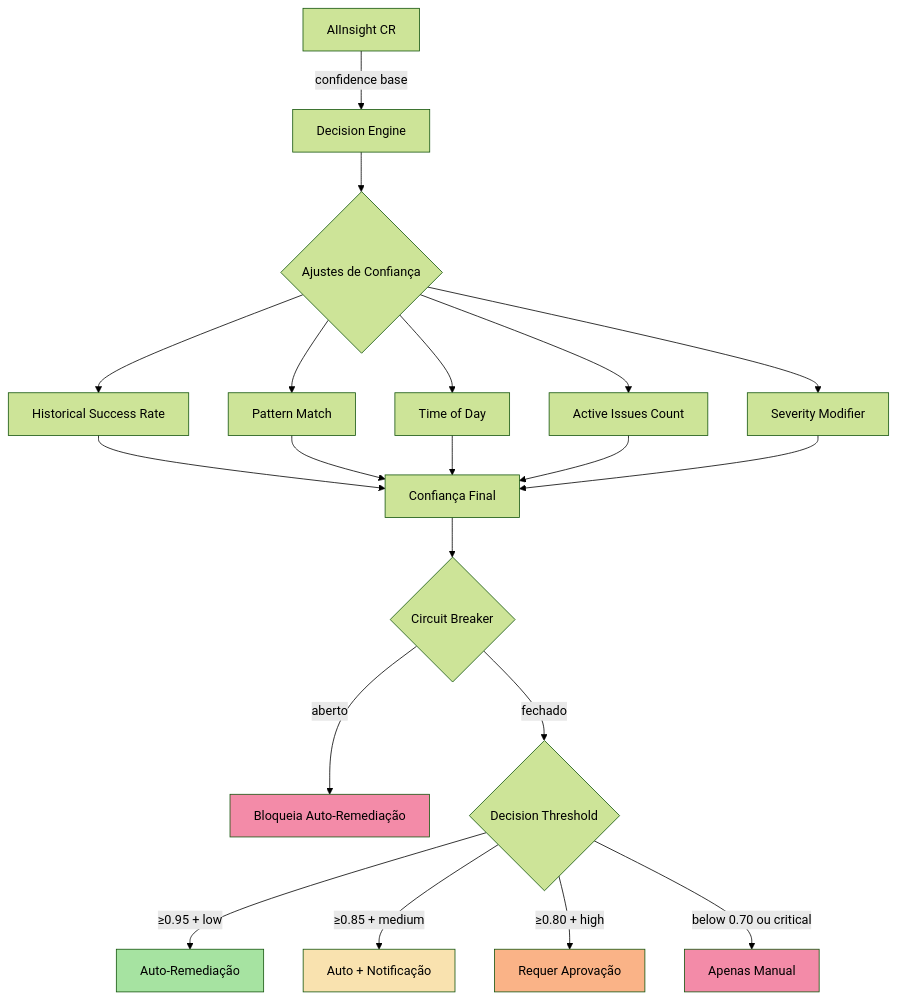
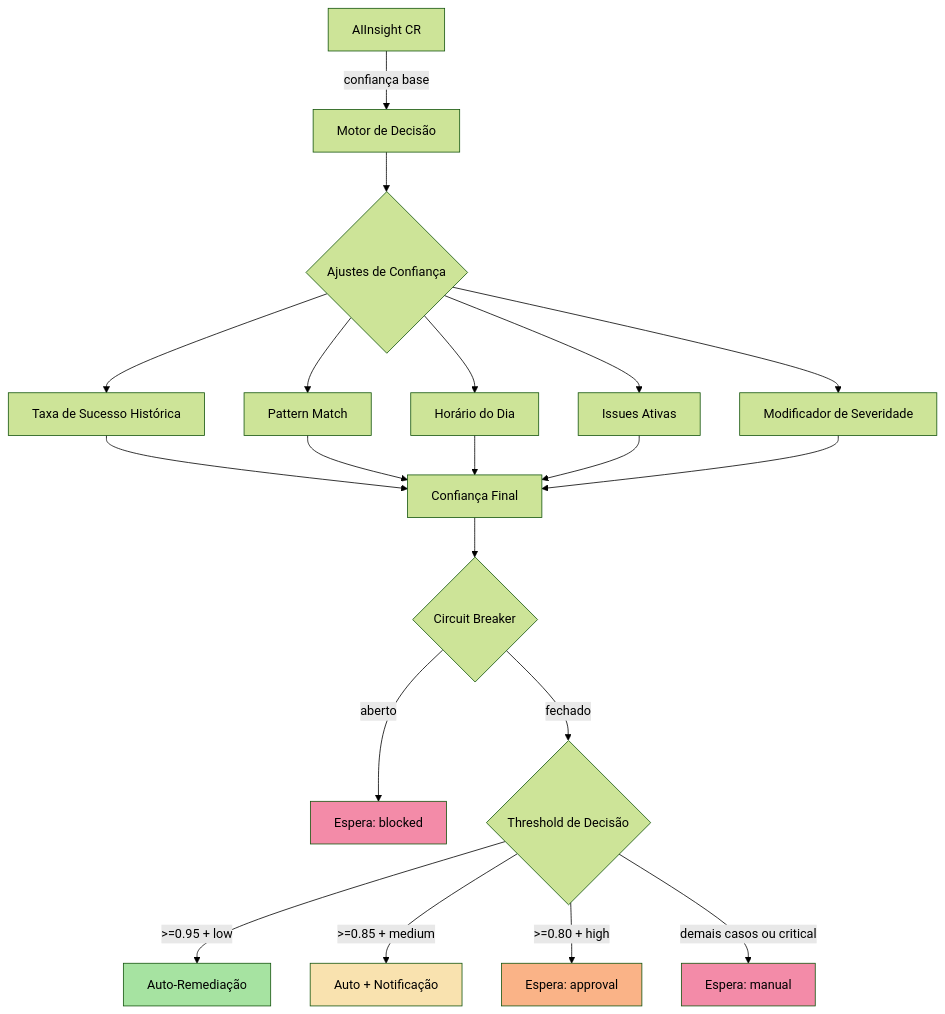
Before and after one commit to diillson/chatcli.ai: the first of 2 diagrams in pt/features/aiops/decision-engine.mdx, drawn with Mermaid (forest theme). The commit also changed other lines of this file and 24 other files, not shown here.

Commit message:
docs: operator integration suite, cost ledger API, decision engine and federation as wired, audit events, policies API and dashboard tab

````diff
--- a/pt/features/aiops/decision-engine.mdx
+++ b/pt/features/aiops/decision-engine.mdx
@@ -20,24 +20,23 @@
 ```mermaid
 flowchart TD
-    A[AIInsight CR] -->|confidence base| B[Decision Engine]
+    A[AIInsight CR] -->|confiança base| B[Motor de Decisão]
     B --> C{Ajustes de Confiança}
-    C --> D[Historical Success Rate]
+    C --> D[Taxa de Sucesso Histórica]
     C --> E[Pattern Match]
-    C --> F[Time of Day]
-    C --> G[Active Issues Count]
-    C --> H[Severity Modifier]
+    C --> F[Horário do Dia]
+    C --> G[Issues Ativas]
+    C --> H[Modificador de Severidade]
     D & E & F & G & H --> I[Confiança Final]
     I --> J{Circuit Breaker}
-    J -->|aberto| K[Bloqueia Auto-Remediação]
-    J -->|fechado| L{Decision Threshold}
-    L -->|≥0.95 + low| M[Auto-Remediação]
-    L -->|≥0.85 + medium| N[Auto + Notificação]
-    L -->|≥0.80 + high| O[Requer Aprovação]
-    L -->|below 0.70 ou critical| P[Apenas Manual]
-
+    J -->|aberto| K[Espera: blocked]
+    J -->|fechado| L{Threshold de Decisão}
+    L -->|>=0.95 + low| M[Auto-Remediação]
+    L -->|>=0.85 + medium| N[Auto + Notificação]
+    L -->|>=0.80 + high| O[Espera: approval]
+    L -->|demais casos ou critical| P[Espera: manual]
     style M fill:#a6e3a1,color:#000
     style N fill:#f9e2af,color:#000
     style O fill:#fab387,color:#000
     style P fill:#f38ba8,color:#000
     style K fill:#f38ba8,color:#000
 ```
````
